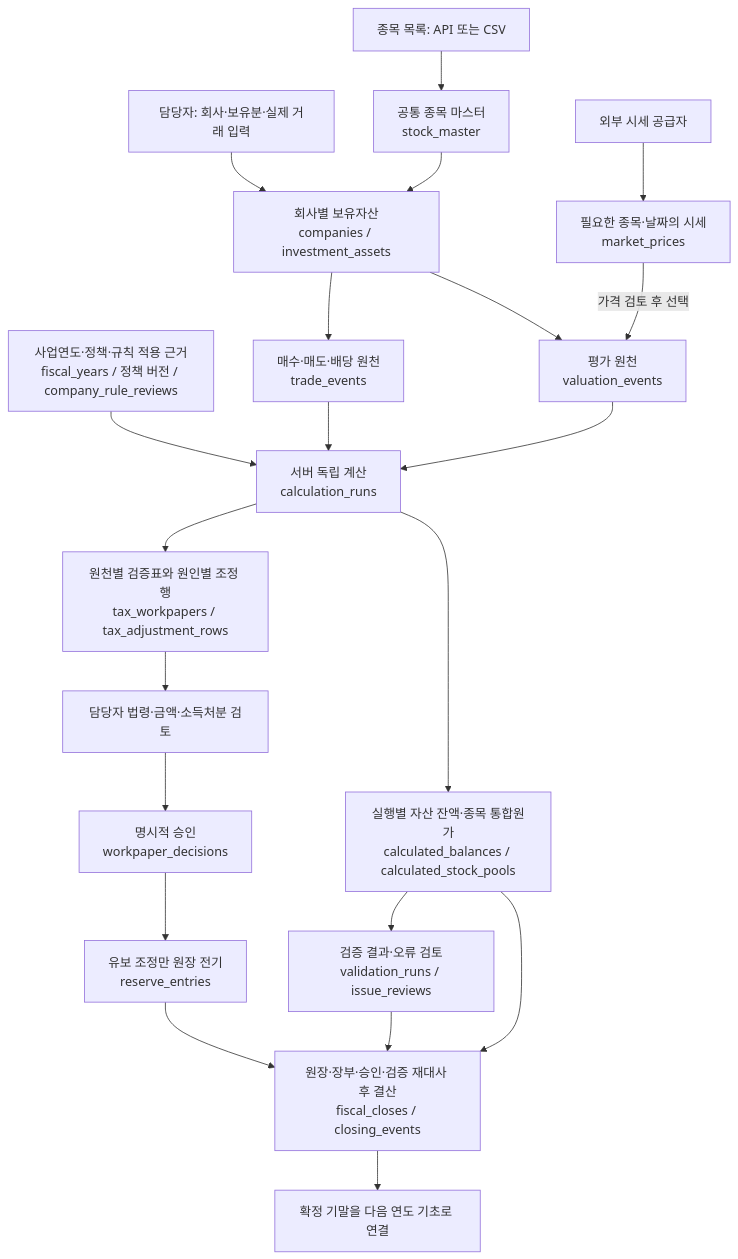
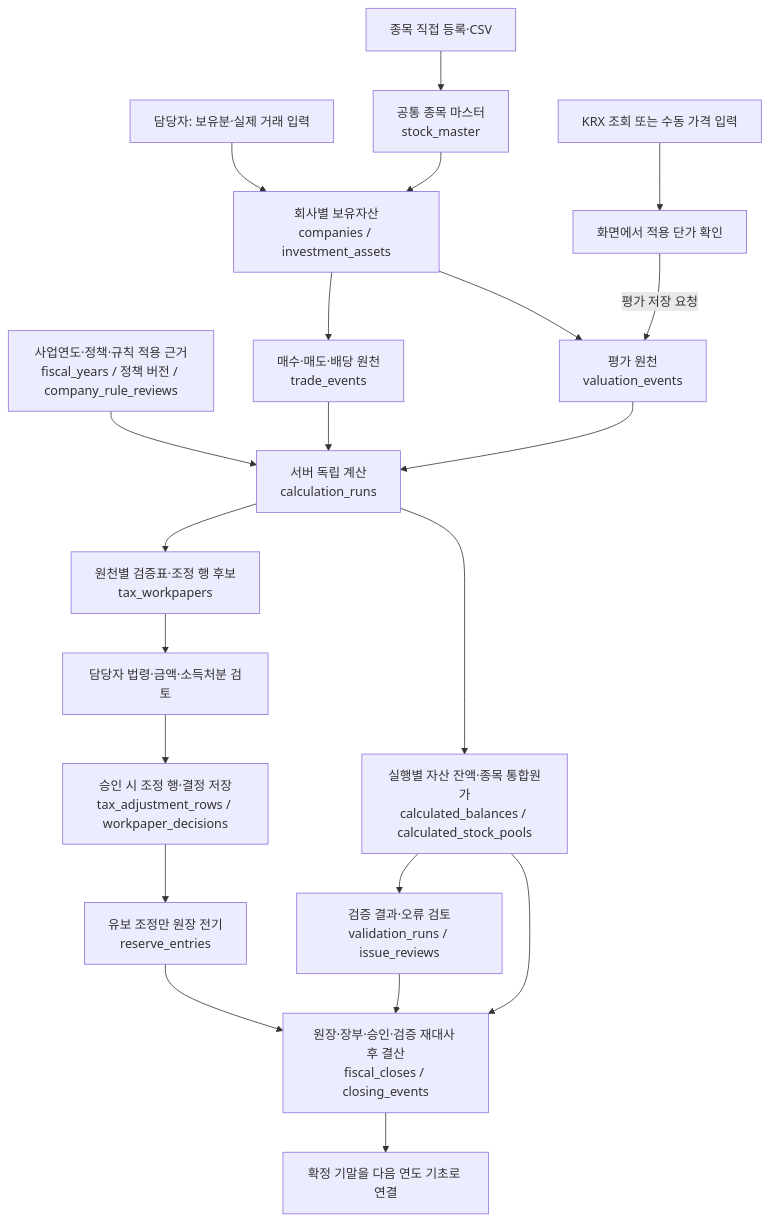
Before and after one commit to chie3333/investment-tax-reconciliation: the first of 5 diagrams in docs/DATABASE_DATA_FLOW.md, drawn with Mermaid. The commit also changed other lines of this file and 13 other files, not shown here.

````diff
--- a/docs/DATABASE_DATA_FLOW.md
+++ b/docs/DATABASE_DATA_FLOW.md
@@ -11,23 +11,23 @@
 ```mermaid
 flowchart TD
-    Catalog["종목 목록: API 또는 CSV"] --> Master["공통 종목 마스터<br/>stock_master"]
-    Market["외부 시세 공급자"] --> Prices["필요한 종목·날짜의 시세<br/>market_prices"]
-    User["담당자: 회사·보유분·실제 거래 입력"] --> Assets["회사별 보유자산<br/>companies / investment_assets"]
+    Catalog["종목 직접 등록·CSV"] --> Master["공통 종목 마스터<br/>stock_master"]
+    Market["KRX 조회 또는 수동 가격 입력"] --> PriceInput["화면에서 적용 단가 확인"]
+    User["담당자: 보유분·실제 거래 입력"] --> Assets["회사별 보유자산<br/>companies / investment_assets"]
     Master --> Assets
     Assets --> Trades["매수·매도·배당 원천<br/>trade_events"]
     Assets --> Values["평가 원천<br/>valuation_events"]
-    Prices -->|"가격 검토 후 선택"| Values
+    PriceInput -->|"평가 저장 요청"| Values
     Policies["사업연도·정책·규칙 적용 근거<br/>fiscal_years / 정책 버전 / company_rule_reviews"] --> Calc["서버 독립 계산<br/>calculation_runs"]
     Trades --> Calc
     Values --> Calc
     Calc --> Balances["실행별 자산 잔액·종목 통합원가<br/>calculated_balances / calculated_stock_pools"]
     Balances --> Validation["검증 결과·오류 검토<br/>validation_runs / issue_reviews"]
-    Calc --> Papers["원천별 검증표와 원인별 조정 행<br/>tax_workpapers / tax_adjustment_rows"]
+    Calc --> Papers["원천별 검증표·조정 행 후보<br/>tax_workpapers"]
     Papers --> Review["담당자 법령·금액·소득처분 검토"]
-    Review --> Decisions["명시적 승인<br/>workpaper_decisions"]
+    Review --> Decisions["승인 시 조정 행·결정 저장<br/>tax_adjustment_rows / workpaper_decisions"]
     Decisions --> Ledger["유보 조정만 원장 전기<br/>reserve_entries"]
     Ledger --> Close["원장·장부·승인·검증 재대사 후 결산<br/>fiscal_closes / closing_events"]
     Validation --> Close
     Balances --> Close
     Close --> Next["확정 기말을 다음 연도 기초로 연결"]
 ```
````
